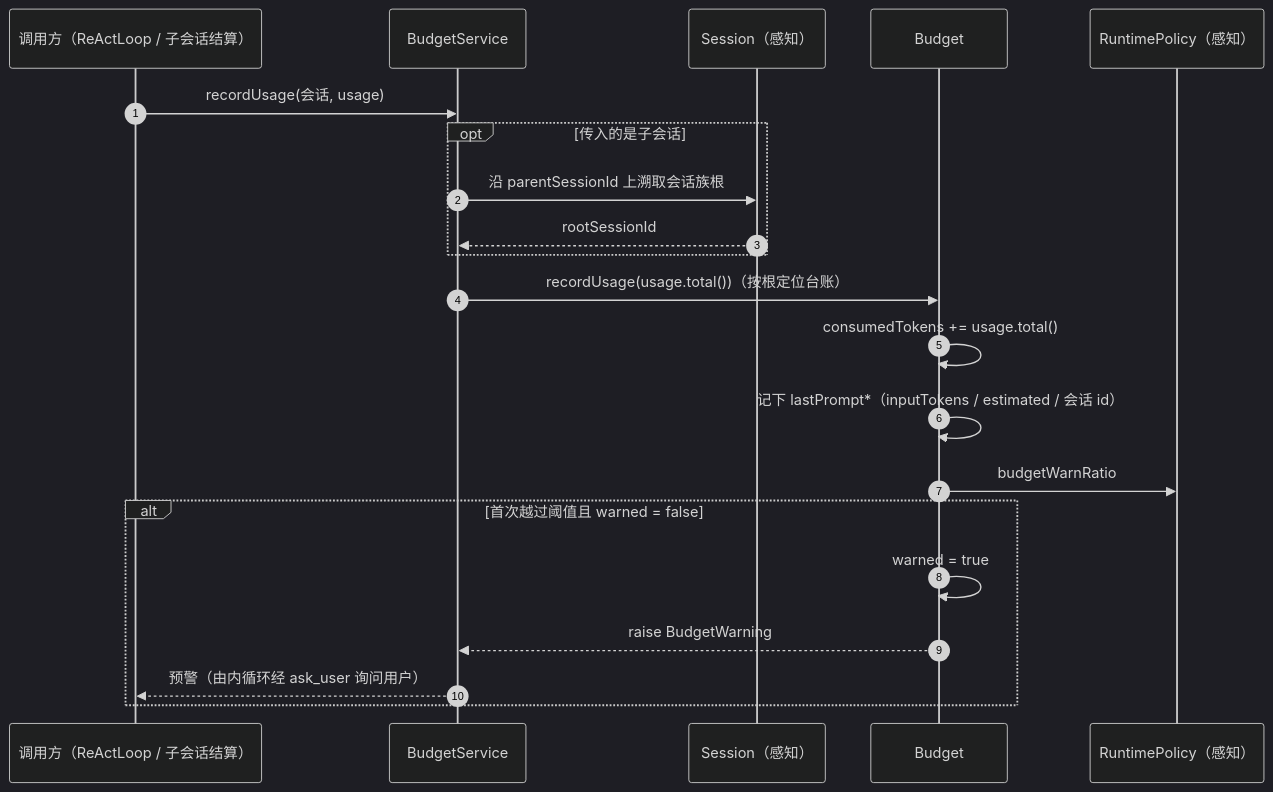
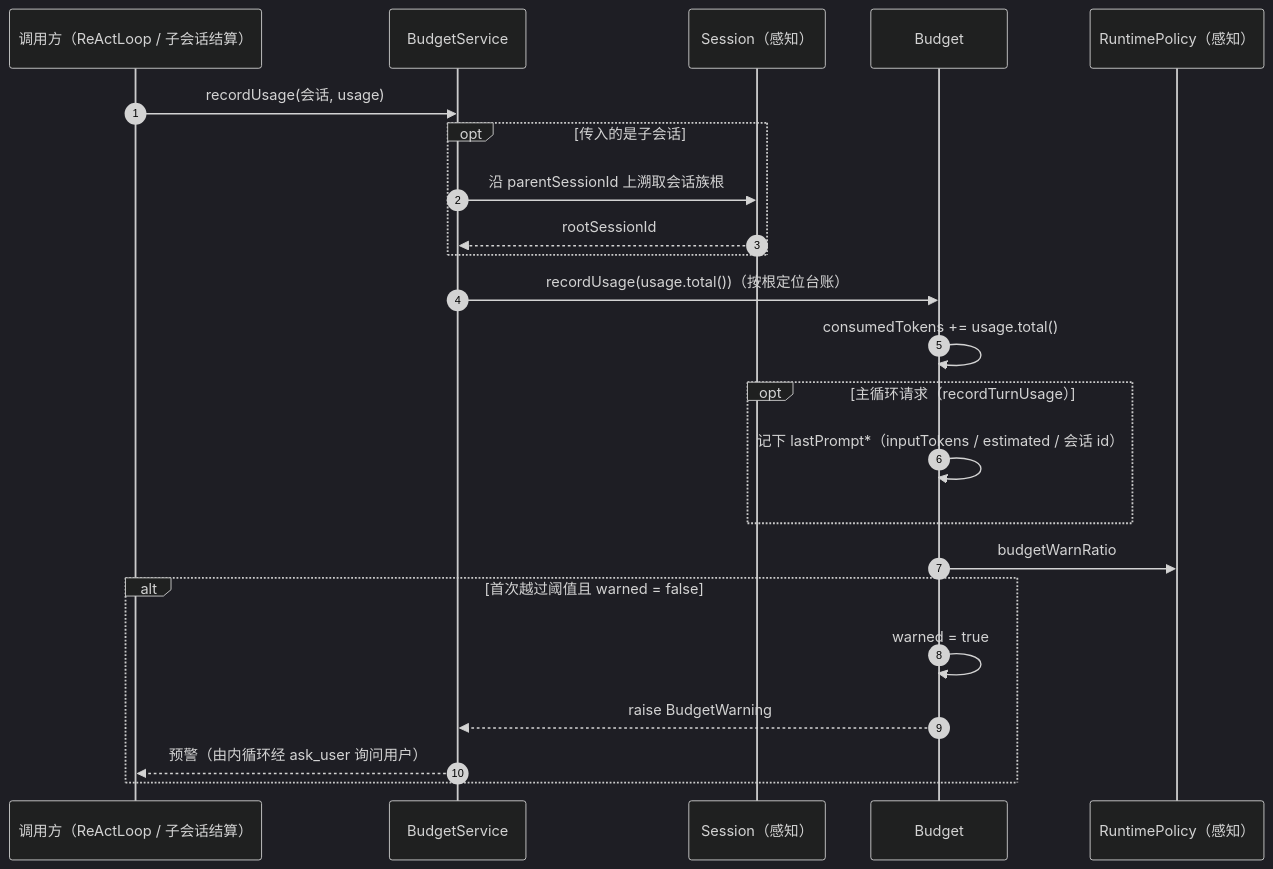
The sixth of 6 diagrams in model/模块-行动.md (zcd0831/Jellyfish-Docs), drawn with Mermaid (dark theme) before and after one commit. The commit also changed other lines of this file and 3 other files, not shown here.

````diff
--- a/model/模块-行动.md
+++ b/model/模块-行动.md
@@ -683,24 +683,26 @@
 ```mermaid
 sequenceDiagram
     autonumber
     participant CALLER as 调用方（ReActLoop / 子会话结算）
     participant BS as BudgetService
     participant S as Session（感知）
     participant B as Budget
     participant RP as RuntimePolicy（感知）
 
     CALLER->>BS: recordUsage(会话, usage)
     opt 传入的是子会话
         BS->>S: 沿 parentSessionId 上溯取会话族根
         S-->>BS: rootSessionId
     end
     BS->>B: recordUsage(usage.total())（按根定位台账）
     B->>B: consumedTokens += usage.total()
-    B->>B: 记下 lastPrompt*（inputTokens / estimated / 会话 id）
+    opt 主循环请求（recordTurnUsage）
+        B->>B: 记下 lastPrompt*（inputTokens / estimated / 会话 id）
+    end
     B->>RP: budgetWarnRatio
     alt 首次越过阈值且 warned = false
         B->>B: warned = true
         B-->>BS: raise BudgetWarning
         BS-->>CALLER: 预警（由内循环经 ask_user 询问用户）
     end
 ```
````
